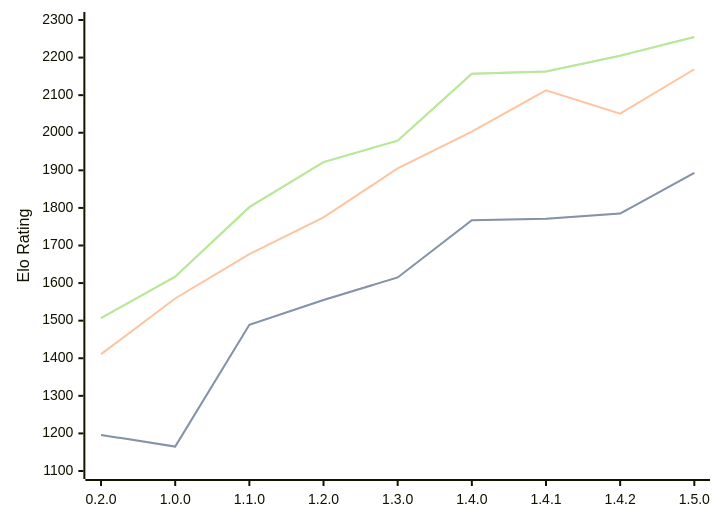
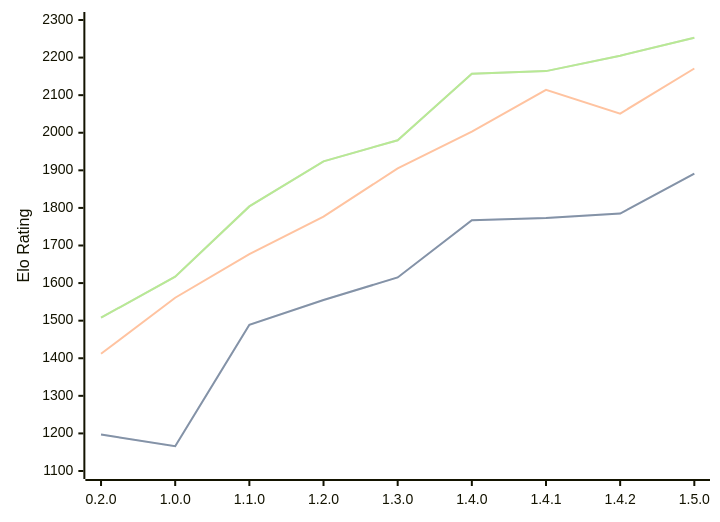
The diagram in engines/Zeppelin.md (computer-chess-index/cci), drawn with Mermaid before and after one commit. The commit also changed other lines of this file, not shown here.

Commit message:
Update CCI Ratings (ELO VLTC) - 2026-07-25

````diff
--- a/engines/Zeppelin.md
+++ b/engines/Zeppelin.md
@@ -41,11 +41,11 @@
 ```mermaid
 %%{init: {"theme":"base","themeVariables":{"seriesColors:['#a3a3a3','#222221','#faa371']}}}%%
 xychart-beta
   x-axis ["0.2.0", "1.0.0", "1.1.0", "1.2.0", "1.3.0", "1.4.0", "1.4.1", "1.4.2", "1.5.0"]
   y-axis "Elo Rating" 1100 --> 2300
-  line "STC (8.0+0.08s)" [1196, 1165, 1489, 1555, 1615, 1767, 1771, 1785, 1893]
-  line "STC (8.0+0.08s)" [1196, 1165, 1489, 1555, 1615, 1767, 1771, 1785, 1893]
-  line "LTC (60.0+0.60s)" [1411, 1559, 1677, 1775, 1905, 2003, 2113, 2051, 2169]
-  line "VLTC (2m24s+1.12s)" [1507, 1617, 1802, 1922, 1979, 2157, 2163, 2205, 2255]
-  line "VLTC (2m24s+1.12s)" [1507, 1617, 1802, 1922, 1979, 2157, 2163, 2205, 2255]
+  line "STC (8.0+0.08s)" [1197, 1166, 1489, 1555, 1615, 1767, 1773, 1785, 1891]
+  line "STC (8.0+0.08s)" [1197, 1166, 1489, 1555, 1615, 1767, 1773, 1785, 1891]
+  line "LTC (60.0+0.60s)" [1412, 1561, 1677, 1777, 1905, 2003, 2114, 2051, 2171]
+  line "VLTC (2m24s+1.12s)" [1508, 1617, 1804, 1924, 1980, 2157, 2164, 2205, 2253]
+  line "VLTC (2m24s+1.12s)" [1508, 1617, 1804, 1924, 1980, 2157, 2164, 2205, 2253]
 ```
````
